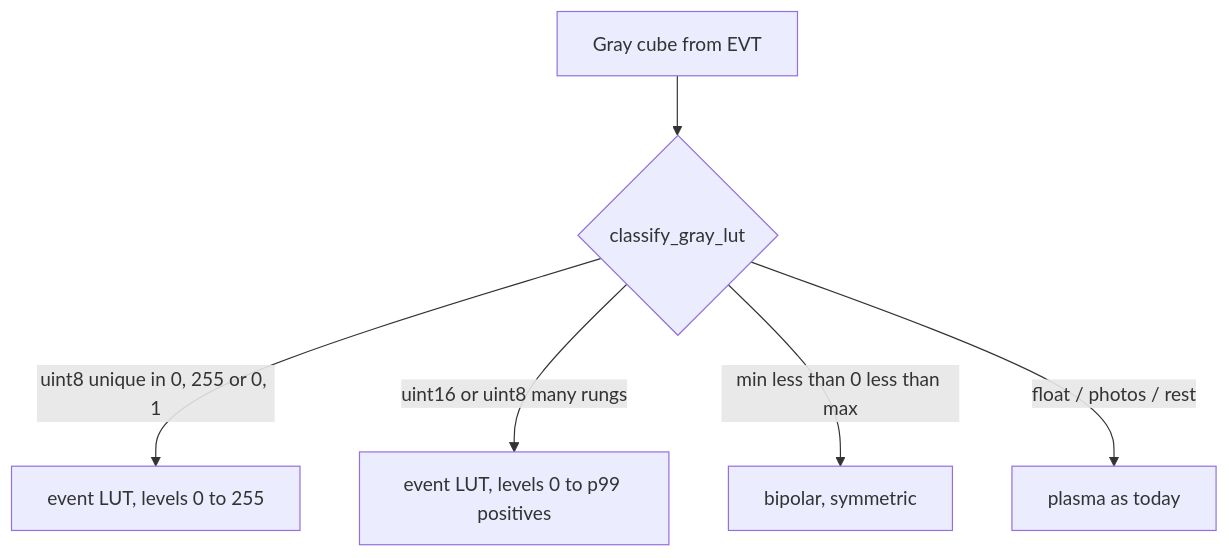
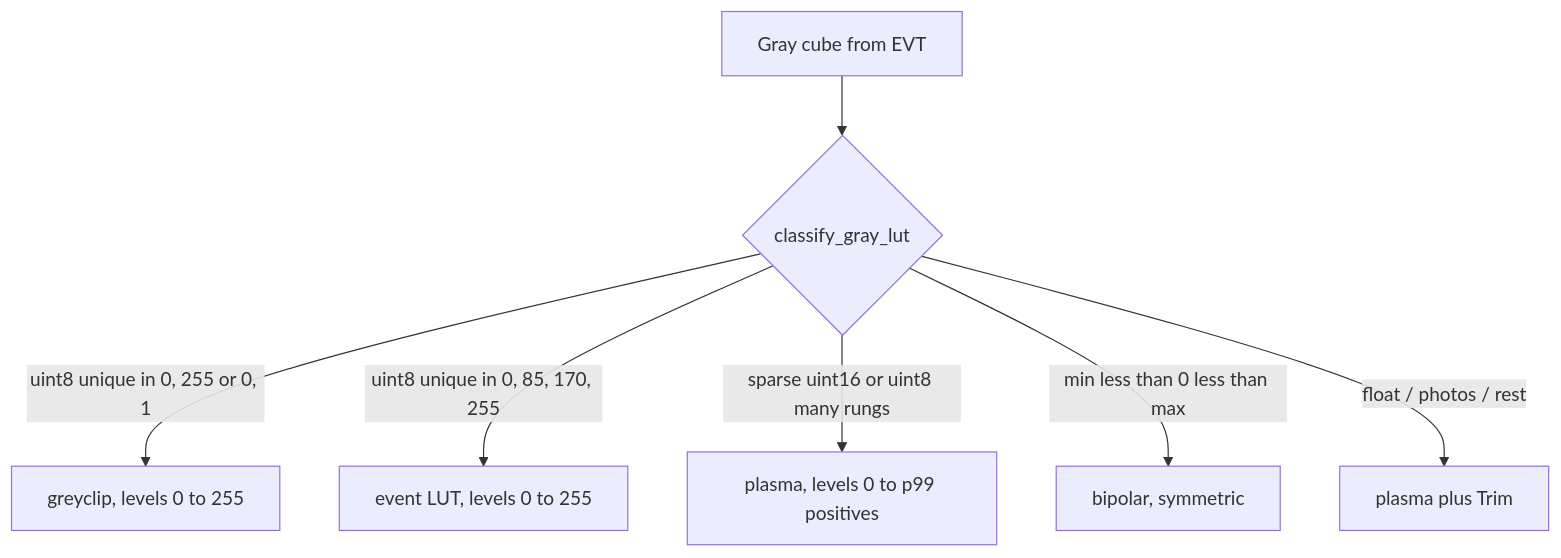
The diagram in docs/exotic_formats.md (CodeSchmiedeHGW/BLITZ), drawn with Mermaid before and after one commit. The commit also changed other lines of this file and 11 other files, not shown here.

````diff
--- a/docs/exotic_formats.md
+++ b/docs/exotic_formats.md
@@ -43,10 +46,11 @@
 ```mermaid
 flowchart TD
   cube["Gray cube from EVT"]
   cls{"classify_gray_lut"}
   cube --> cls
-  cls -->|"uint8 unique in 0, 255 or 0, 1"| occ["event LUT, levels 0 to 255"]
-  cls -->|"uint16 or uint8 many rungs"| cnt["event LUT, levels 0 to p99 positives"]
+  cls -->|"uint8 unique in 0, 255 or 0, 1"| occ["greyclip, levels 0 to 255"]
+  cls -->|"uint8 unique in 0, 85, 170, 255"| st["event LUT, levels 0 to 255"]
+  cls -->|"sparse uint16 or uint8 many rungs"| cnt["plasma, levels 0 to p99 positives"]
   cls -->|"min less than 0 less than max"| bip["bipolar, symmetric"]
-  cls -->|"float / photos / rest"| plas["plasma as today"]
+  cls -->|"float / photos / rest"| plas["plasma plus Trim"]
 ```
````
